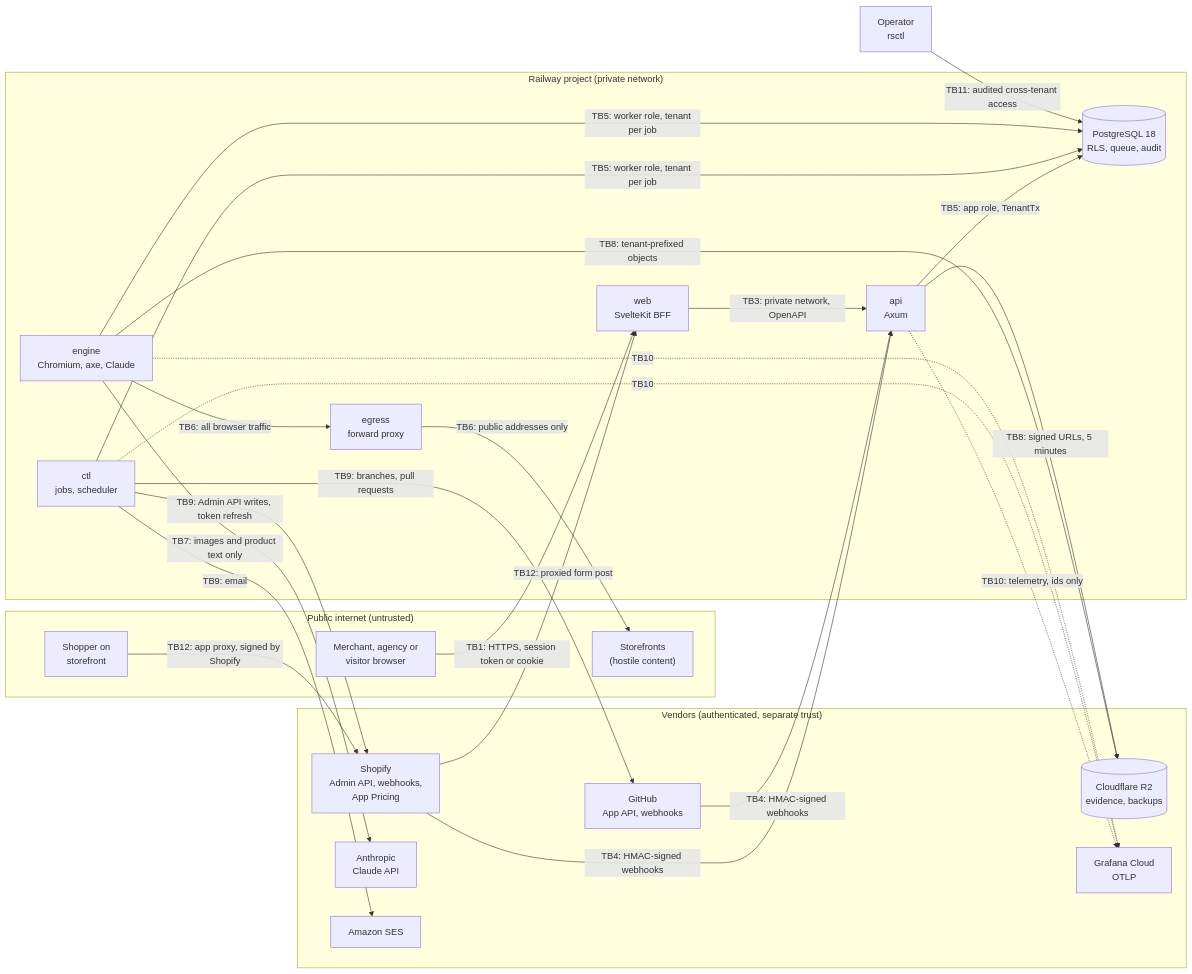
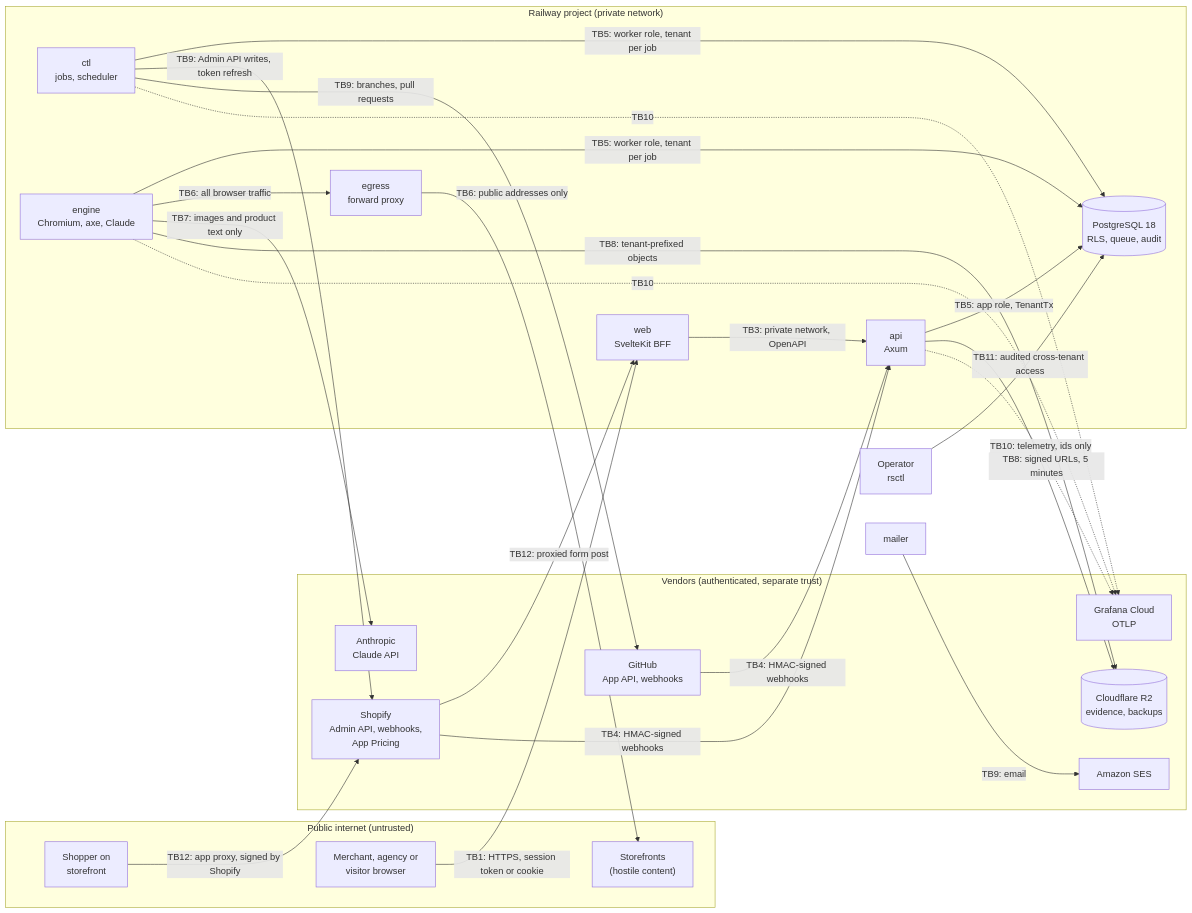
The diagram in docs/threat-model.md (billyribeiro-ux/rampsmith), drawn with Mermaid before and after one commit. The commit also changed other lines of this file and 66 other files, not shown here.

First line of the commit message:
fix(email): mailer service, attached uninstall record, and the other audit findings (ADR-276, ADR-277)

````diff
--- a/docs/threat-model.md
+++ b/docs/threat-model.md
@@ -74,47 +74,47 @@
 ```mermaid
 flowchart LR
   subgraph internet["Public internet (untrusted)"]
     browser["Merchant, agency or<br/>visitor browser"]
     shopper["Shopper on<br/>storefront"]
     storefronts["Storefronts<br/>(hostile content)"]
   end
   subgraph vendors["Vendors (authenticated, separate trust)"]
     shopify["Shopify<br/>Admin API, webhooks,<br/>App Pricing"]
     github["GitHub<br/>App API, webhooks"]
     anthropic["Anthropic<br/>Claude API"]
     ses["Amazon SES"]
     r2[("Cloudflare R2<br/>evidence, backups")]
     grafana["Grafana Cloud<br/>OTLP"]
   end
   subgraph railway["Railway project (private network)"]
     web["web<br/>SvelteKit BFF"]
     api["api<br/>Axum"]
     ctl["ctl<br/>jobs, scheduler"]
     engine["engine<br/>Chromium, axe, Claude"]
     egress["egress<br/>forward proxy"]
     pg[("PostgreSQL 18<br/>RLS, queue, audit")]
   end
   operator["Operator<br/>rsctl"]
 
   browser -->|"TB1: HTTPS, session token or cookie"| web
   shopper -->|"TB12: app proxy, signed by Shopify"| shopify
   shopify -->|"TB12: proxied form post"| web
   web -->|"TB3: private network, OpenAPI"| api
   shopify -->|"TB4: HMAC-signed webhooks"| api
   github -->|"TB4: HMAC-signed webhooks"| api
   api -->|"TB5: app role, TenantTx"| pg
   ctl -->|"TB5: worker role, tenant per job"| pg
   engine -->|"TB5: worker role, tenant per job"| pg
   ctl -->|"TB9: Admin API writes, token refresh"| shopify
   ctl -->|"TB9: branches, pull requests"| github
-  ctl -->|"TB9: email"| ses
+  mailer -->|"TB9: email"| ses
   engine -->|"TB6: all browser traffic"| egress
   egress -->|"TB6: public addresses only"| storefronts
   engine -->|"TB7: images and product text only"| anthropic
   engine -->|"TB8: tenant-prefixed objects"| r2
   api -->|"TB8: signed URLs, 5 minutes"| r2
   api -.->|"TB10: telemetry, ids only"| grafana
   ctl -.->|"TB10"| grafana
   engine -.->|"TB10"| grafana
   operator -->|"TB11: audited cross-tenant access"| pg
 ```
````
